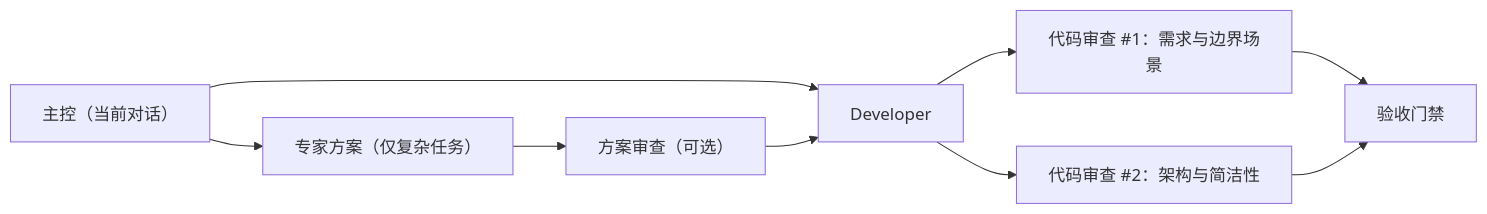
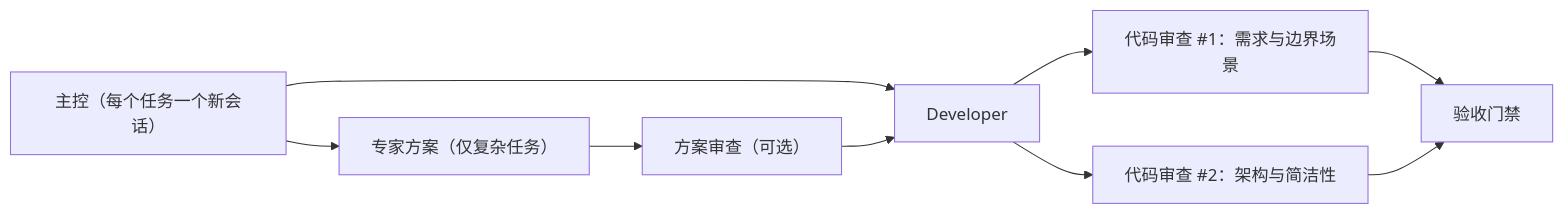
Before and after one commit to OliverWalker1122/paseo-team: the diagram in README.zh-CN.md, drawn with Mermaid. The commit also changed other lines of this file and 12 other files, not shown here.

````diff
--- a/README.zh-CN.md
+++ b/README.zh-CN.md
@@ -87,11 +88,11 @@
 ```mermaid
 flowchart LR
-  C["主控（当前对话）"] --> E["专家方案（仅复杂任务）"]
+  C["主控（每个任务一个新会话）"] --> E["专家方案（仅复杂任务）"]
   E --> P["方案审查（可选）"]
   C --> D["Developer"]
   P --> D
   D --> R1["代码审查 #1：需求与边界场景"]
   D --> R2["代码审查 #2：架构与简洁性"]
   R1 --> G["验收门禁"]
   R2 --> G
 ```
````
